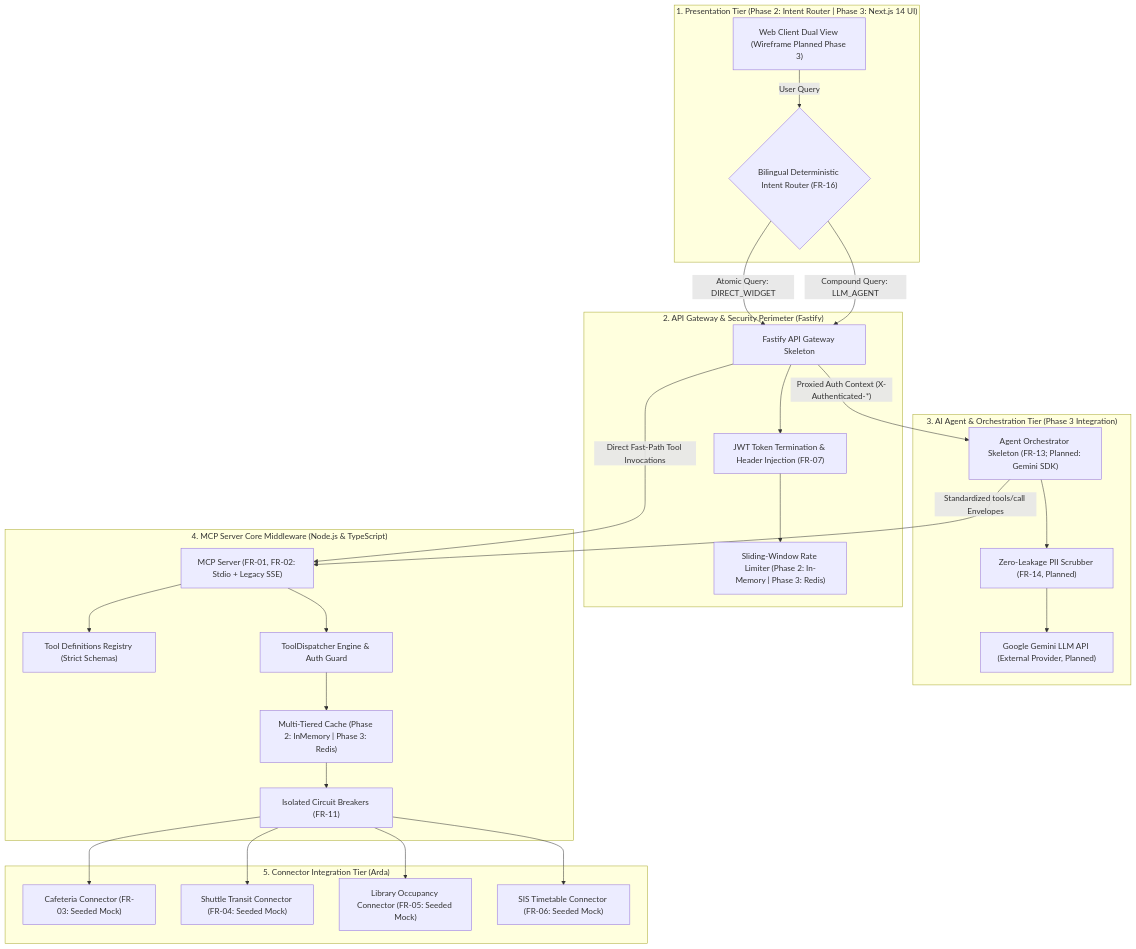
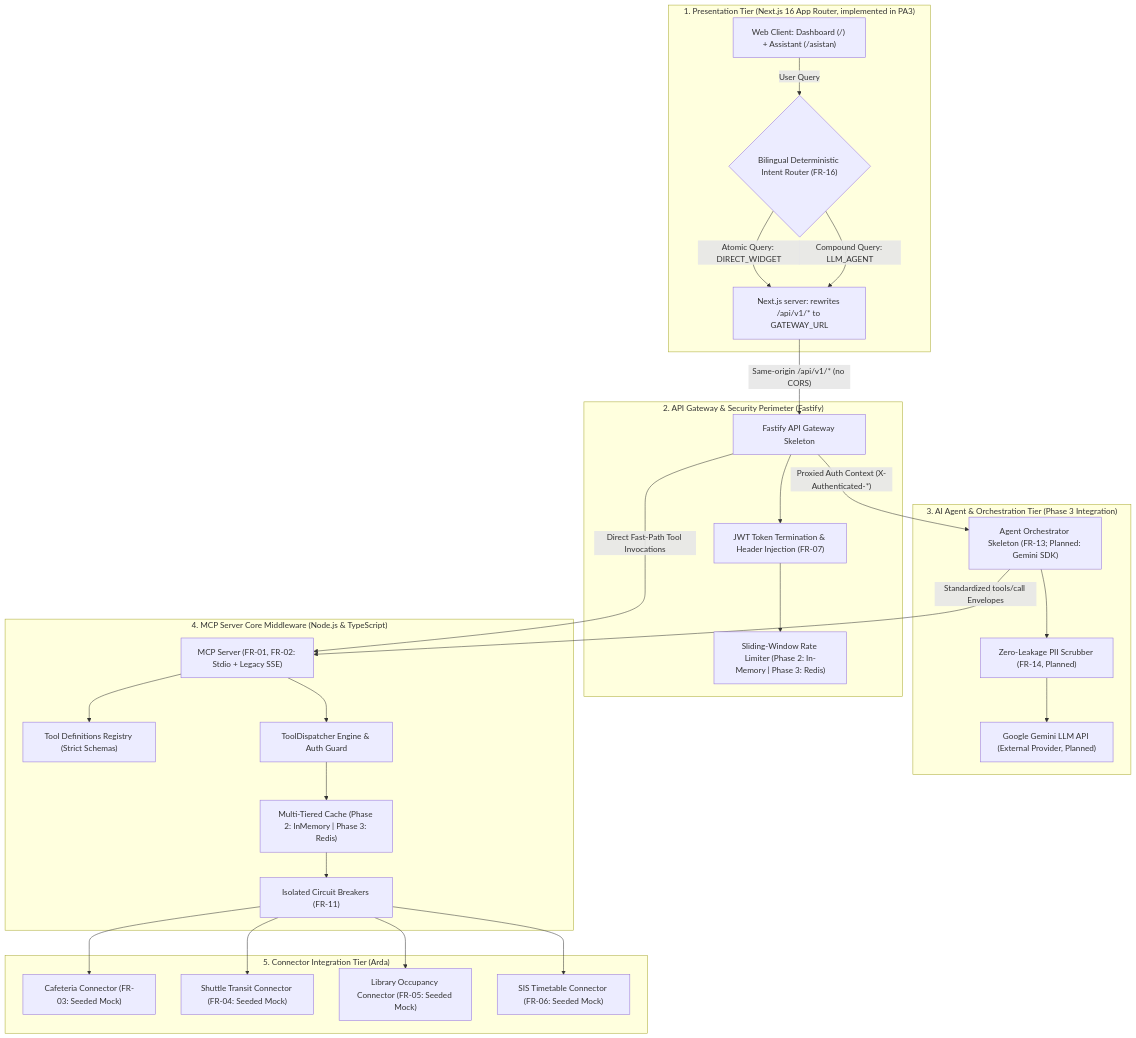
The first of 9 diagrams in docs/Design_Document.md (CPPpriest/BIL481-2026-Project), drawn with Mermaid before and after one commit. The commit also changed other lines of this file, not shown here.

First line of the commit message:
docs(design): update web client sections for PA3 from Yunus handover (M-11)

````diff
--- a/docs/Design_Document.md
+++ b/docs/Design_Document.md
@@ -117,56 +136,58 @@
 ```mermaid
 flowchart TD
-    subgraph Tier1["1. Presentation Tier (Phase 2: Intent Router | Phase 3: Next.js 14 UI)"]
-        ClientUI["Web Client Dual View (Wireframe Planned Phase 3)"]
+    subgraph Tier1["1. Presentation Tier (Next.js 16 App Router, implemented in PA3)"]
+        ClientUI["Web Client: Dashboard (/) + Assistant (/asistan)"]
         Router{"Bilingual Deterministic Intent Router (FR-16)"}
+        Rewrite["Next.js server: rewrites /api/v1/* to GATEWAY_URL"]
         ClientUI -->|"User Query"| Router
     end
 
     subgraph Tier2["2. API Gateway & Security Perimeter (Fastify)"]
         Gateway["Fastify API Gateway Skeleton"]
         AuthBoundary["JWT Token Termination & Header Injection (FR-07)"]
         RateLimiter["Sliding-Window Rate Limiter (Phase 2: In-Memory | Phase 3: Redis)"]
         Gateway --> AuthBoundary
         AuthBoundary --> RateLimiter
     end
 
     subgraph Tier3["3. AI Agent & Orchestration Tier (Phase 3 Integration)"]
         Agent["Agent Orchestrator Skeleton (FR-13; Planned: Gemini SDK)"]
         PIIFilter["Zero-Leakage PII Scrubber (FR-14, Planned)"]
         GeminiAPI["Google Gemini LLM API (External Provider, Planned)"]
         Agent --> PIIFilter
         PIIFilter --> GeminiAPI
     end
 
     subgraph Tier4["4. MCP Server Core Middleware (Node.js & TypeScript)"]
         MCPServer["MCP Server (FR-01, FR-02: Stdio + Legacy SSE)"]
         ToolRegistry["Tool Definitions Registry (Strict Schemas)"]
         Dispatcher["ToolDispatcher Engine & Auth Guard"]
         CacheStore["Multi-Tiered Cache (Phase 2: InMemory | Phase 3: Redis)"]
         CircuitBreaker["Isolated Circuit Breakers (FR-11)"]
 
         MCPServer --> ToolRegistry
         MCPServer --> Dispatcher
         Dispatcher --> CacheStore
         CacheStore --> CircuitBreaker
     end
 
     subgraph Tier5["5. Connector Integration Tier (Arda)"]
         DiningConn["Cafeteria Connector (FR-03: Seeded Mock)"]
         ShuttleConn["Shuttle Transit Connector (FR-04: Seeded Mock)"]
         LibraryConn["Library Occupancy Connector (FR-05: Seeded Mock)"]
         SISConn["SIS Timetable Connector (FR-06: Seeded Mock)"]
 
         CircuitBreaker --> DiningConn
         CircuitBreaker --> ShuttleConn
         CircuitBreaker --> LibraryConn
         CircuitBreaker --> SISConn
     end
 
     %% Data Routing Links
-    Router -->|"Atomic Query: DIRECT_WIDGET"| Gateway
-    Router -->|"Compound Query: LLM_AGENT"| Gateway
+    Router -->|"Atomic Query: DIRECT_WIDGET"| Rewrite
+    Router -->|"Compound Query: LLM_AGENT"| Rewrite
+    Rewrite -->|"Same-origin /api/v1/* (no CORS)"| Gateway
     Gateway -->|"Proxied Auth Context (X-Authenticated-*)"| Agent
     Gateway -->|"Direct Fast-Path Tool Invocations"| MCPServer
     Agent -->|"Standardized tools/call Envelopes"| MCPServer
 ```
````
